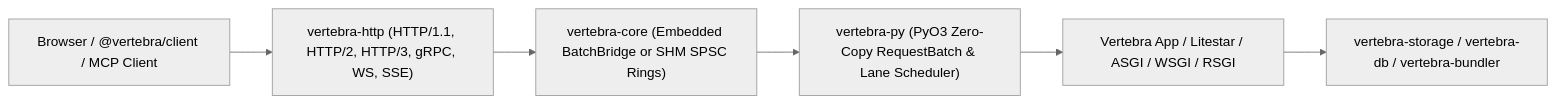
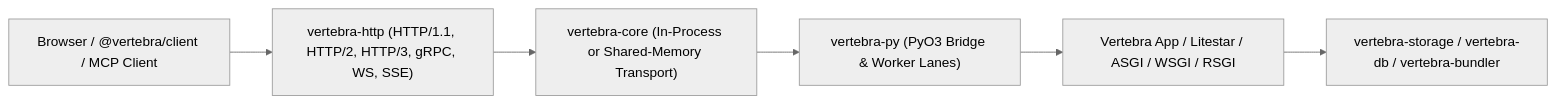
One commit to cofin/vertebra changed the diagram in docs/index.md. Above: the diagram before and after it, drawn with Mermaid (neutral theme). The commit also changed other lines of this file and 63 other files, not shown here.

````diff
--- a/docs/index.md
+++ b/docs/index.md
@@ -84,8 +84,8 @@
 ```mermaid
 flowchart LR
     Client["Browser / @vertebra/client / MCP Client"] --> Ingress["vertebra-http (HTTP/1.1, HTTP/2, HTTP/3, gRPC, WS, SSE)"]
-    Ingress --> Bridge["vertebra-core (Embedded BatchBridge or SHM SPSC Rings)"]
-    Bridge --> PyBridge["vertebra-py (PyO3 Zero-Copy RequestBatch & Lane Scheduler)"]
+    Ingress --> Bridge["vertebra-core (In-Process or Shared-Memory Transport)"]
+    Bridge --> PyBridge["vertebra-py (PyO3 Bridge & Worker Lanes)"]
     PyBridge --> Framework["Vertebra App / Litestar / ASGI / WSGI / RSGI"]
     Framework --> Subsystems["vertebra-storage / vertebra-db / vertebra-bundler"]
 ```
````
